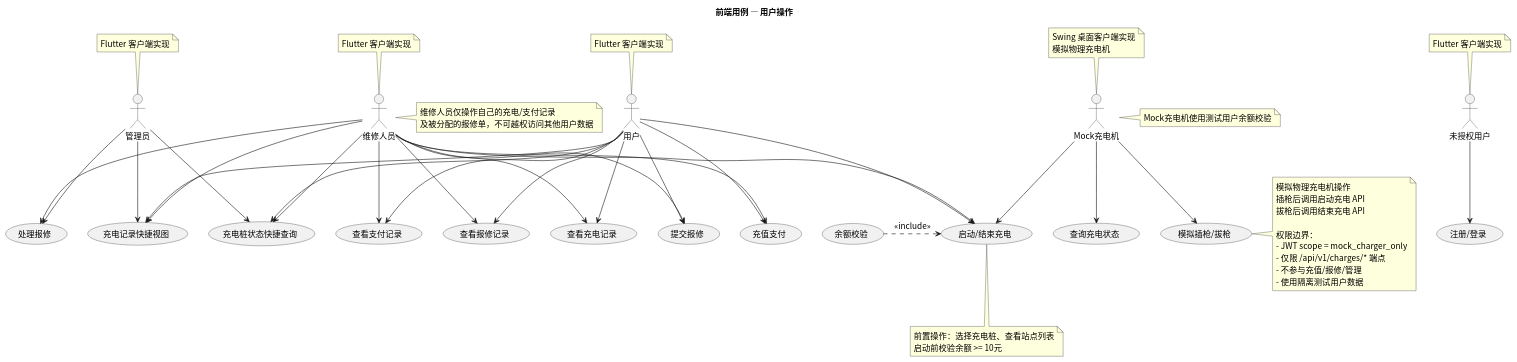
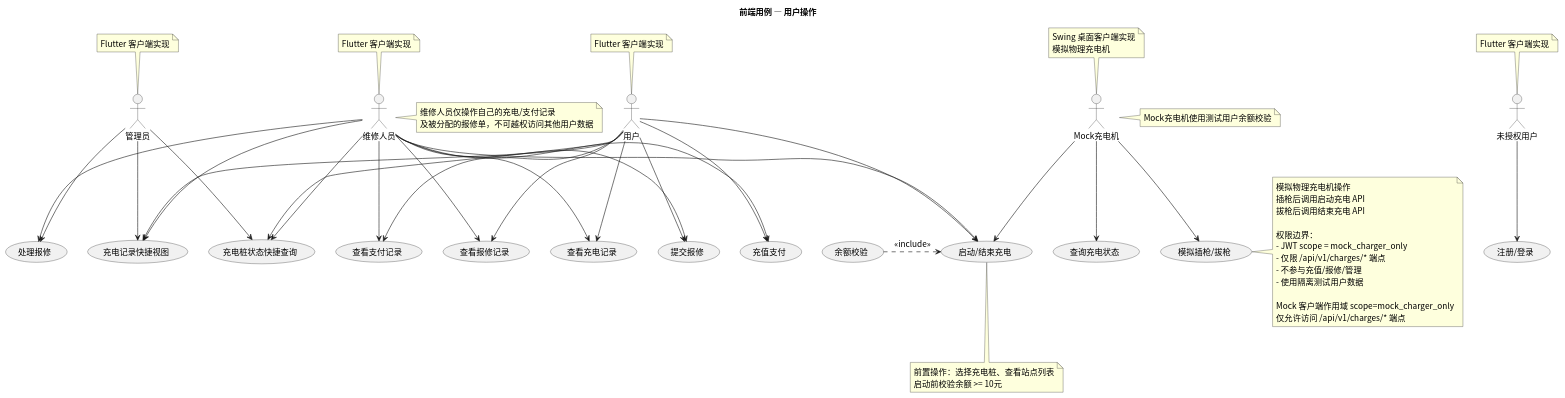
The diagram in usecase/docs/frontend/src/frontend_usecases.puml (greenhandzdl/charging-station-doc), drawn with PlantUML before and after one commit. The commit also changed 27 other files, not shown here.

```diff
--- a/usecase/docs/frontend/src/frontend_usecases.puml
+++ b/usecase/docs/frontend/src/frontend_usecases.puml
@@ -1,62 +1,62 @@
 @startuml
 skinparam defaultFontName "Noto Sans CJK SC"
 skinparam defaultFontSize 14
 title 前端用例 — 用户操作
 skinparam useCaseShape rectangle
 
 actor "未授权用户" as G
 actor "用户" as U
 actor "维修人员" as M
 actor "管理员" as A
 actor "Mock充电机" as MC
 
 note top of G : Flutter 客户端实现
 note top of U : Flutter 客户端实现
 note top of M : Flutter 客户端实现
 note top of A : Flutter 客户端实现
 note top of MC : Swing 桌面客户端实现\n模拟物理充电机
 
 usecase "注册/登录" as LOG
 usecase "启动/结束充电" as CS
 usecase "余额校验" as BC
 usecase "充值支付" as PAY
 usecase "查看充电记录" as VCR
 usecase "查看支付记录" as VPR
 usecase "提交报修" as SRT
 usecase "查看报修记录" as VR
 usecase "处理报修" as HR
 usecase "充电记录快捷视图" as QV
 usecase "充电桩状态快捷查询" as QC
 usecase "模拟插枪/拔枪" as MOC
 usecase "查询充电状态" as QCS
 
 G --> LOG
 U --> CS
 U --> PAY
 U --> VCR
 U --> VPR
 U --> SRT
 U --> VR
 U --> QV
 U --> QC
 M --> CS
 M --> PAY
 M --> VCR
 M --> VPR
 M --> SRT
 M --> VR
 M --> HR
 note right of M : 维修人员仅操作自己的充电/支付记录\n及被分配的报修单，不可越权访问其他用户数据
 CS <.left. BC : <<include>>
 note bottom of CS : 前置操作：选择充电桩、查看站点列表\n启动前校验余额 >= 10元
 M --> QV
 M --> QC
 A --> HR
 A --> QV
 A --> QC
 MC --> MOC
 MC --> CS
 note right of MC : Mock充电机使用测试用户余额校验
 MC --> QCS
-note right of MOC : 模拟物理充电机操作\n插枪后调用启动充电 API\n拔枪后调用结束充电 API\n\n权限边界：\n- JWT scope = mock_charger_only\n- 仅限 /api/v1/charges/* 端点\n- 不参与充值/报修/管理\n- 使用隔离测试用户数据
+note right of MOC : 模拟物理充电机操作\n插枪后调用启动充电 API\n拔枪后调用结束充电 API\n\n权限边界：\n- JWT scope = mock_charger_only\n- 仅限 /api/v1/charges/* 端点\n- 不参与充值/报修/管理\n- 使用隔离测试用户数据\n\nMock 客户端作用域 scope=mock_charger_only\n仅允许访问 /api/v1/charges/* 端点
 @enduml
```
